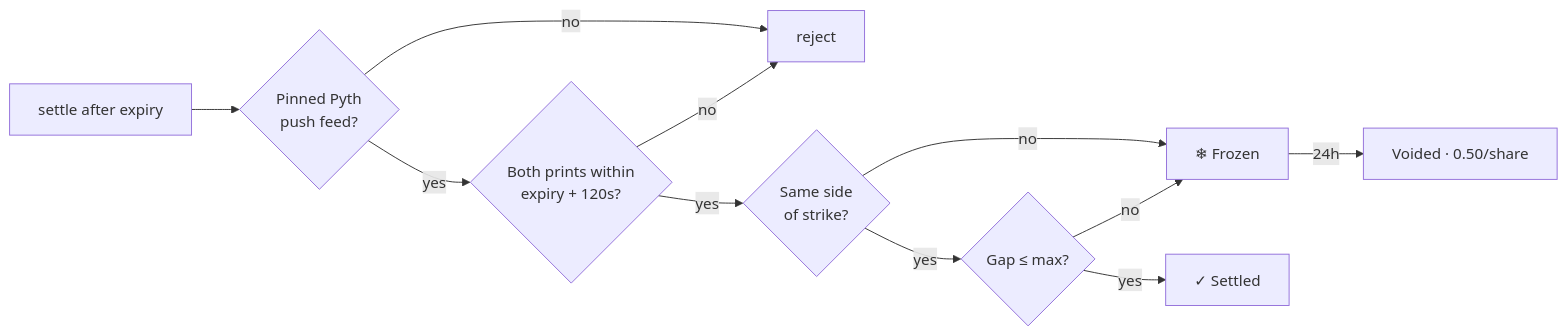
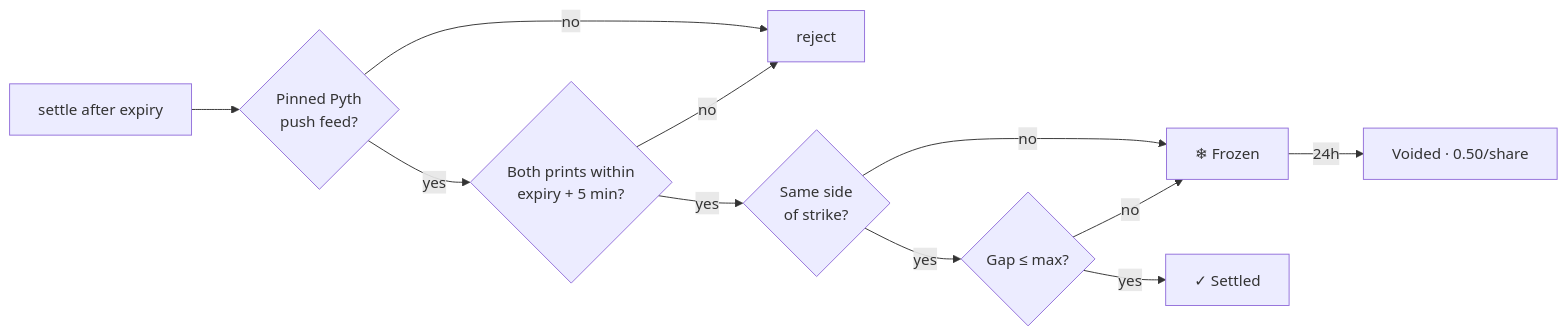
The third of 4 diagrams in README.md (Anshv784/wick), drawn with Mermaid before and after one commit. The commit also changed other lines of this file and 16 other files, not shown here.

````diff
--- a/README.md
+++ b/README.md
@@ -73,13 +73,13 @@
 ```mermaid
 flowchart LR
   A[settle after expiry] --> B{Pinned Pyth<br/>push feed?}
   B -- no --> X[reject]
-  B -- yes --> C{Both prints within<br/>expiry + 120s?}
+  B -- yes --> C{Both prints within<br/>expiry + 5 min?}
   C -- no --> X
   C -- yes --> D{Same side<br/>of strike?}
   D -- no --> F[❄ Frozen]
   D -- yes --> E{Gap ≤ max?}
   E -- no --> F
   E -- yes --> S[✓ Settled]
   F -- 24h --> V[Voided · 0.50/share]
 ```
````
